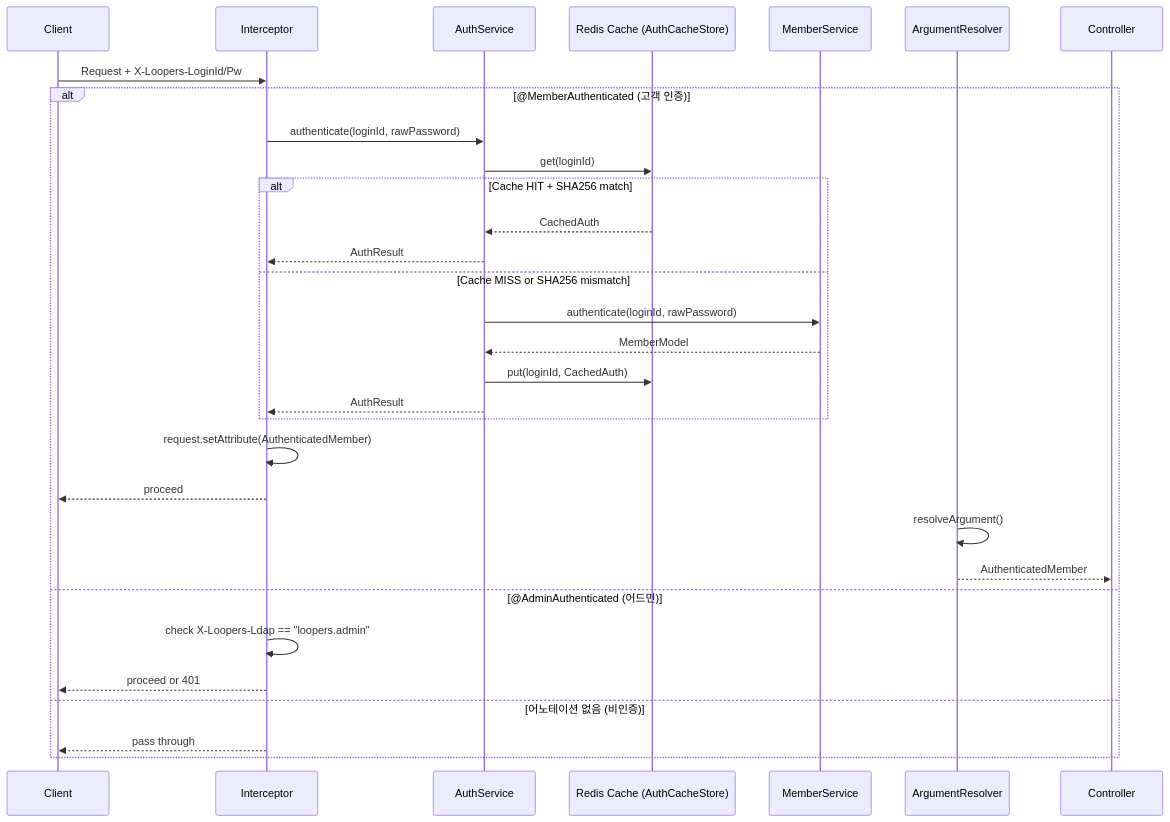
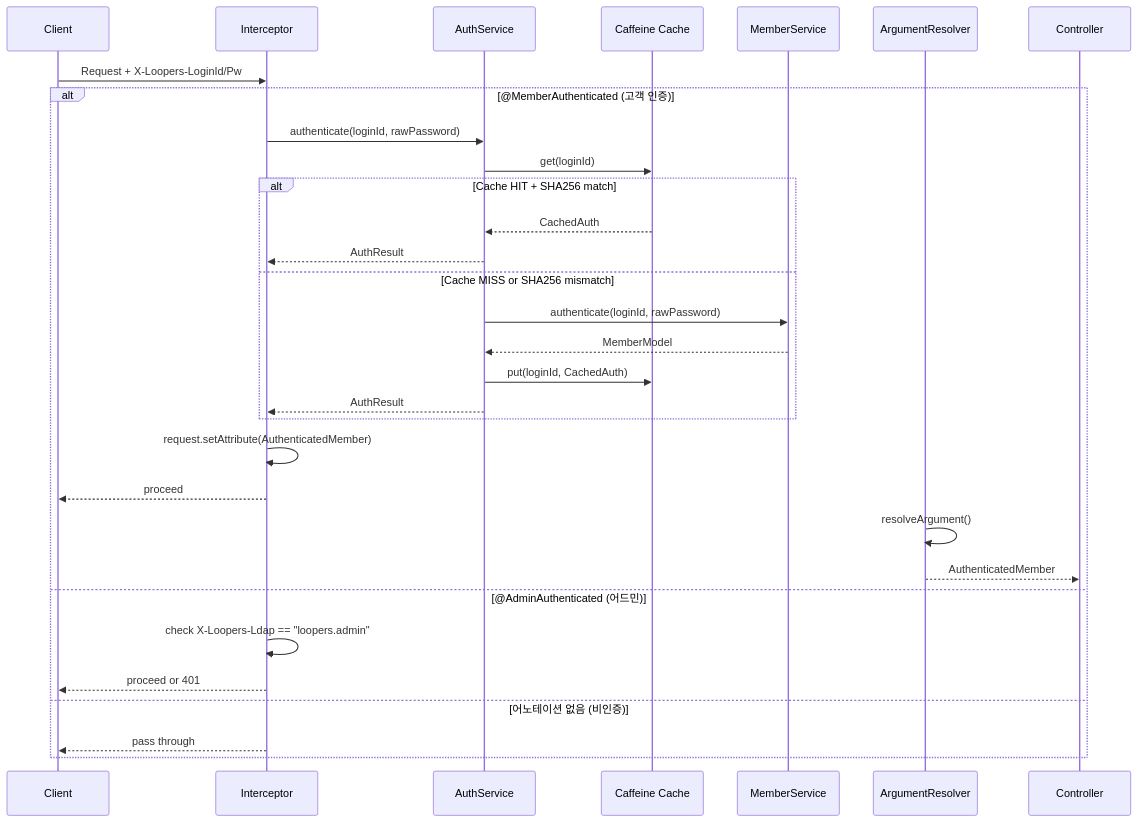
The fifth of 8 diagrams in docs/design/05-architecture.md (Loopers-dev-lab/loop-pack-be-l2-vol3-kotlin), drawn with Mermaid before and after one commit. The commit also changed other lines of this file and 111 other files, not shown here.

````diff
--- a/docs/design/05-architecture.md
+++ b/docs/design/05-architecture.md
@@ -408,36 +391,36 @@
 ```mermaid
 sequenceDiagram
     participant C as Client
     participant I as Interceptor
     participant AS as AuthService
-    participant Cache as Redis Cache (AuthCacheStore)
+    participant Cache as Caffeine Cache
     participant MS as MemberService
     participant AR as ArgumentResolver
     participant Ctrl as Controller
 
     C->>I: Request + X-Loopers-LoginId/Pw
 
     alt @MemberAuthenticated (고객 인증)
         I->>AS: authenticate(loginId, rawPassword)
         AS->>Cache: get(loginId)
         alt Cache HIT + SHA256 match
             Cache-->>AS: CachedAuth
             AS-->>I: AuthResult
         else Cache MISS or SHA256 mismatch
             AS->>MS: authenticate(loginId, rawPassword)
             MS-->>AS: MemberModel
             AS->>Cache: put(loginId, CachedAuth)
             AS-->>I: AuthResult
         end
         I->>I: request.setAttribute(AuthenticatedMember)
         I-->>C: proceed
 
         AR->>AR: resolveArgument()
         AR-->>Ctrl: AuthenticatedMember
     else @AdminAuthenticated (어드민)
         I->>I: check X-Loopers-Ldap == "loopers.admin"
         I-->>C: proceed or 401
     else 어노테이션 없음 (비인증)
         I-->>C: pass through
     end
 ```
````
